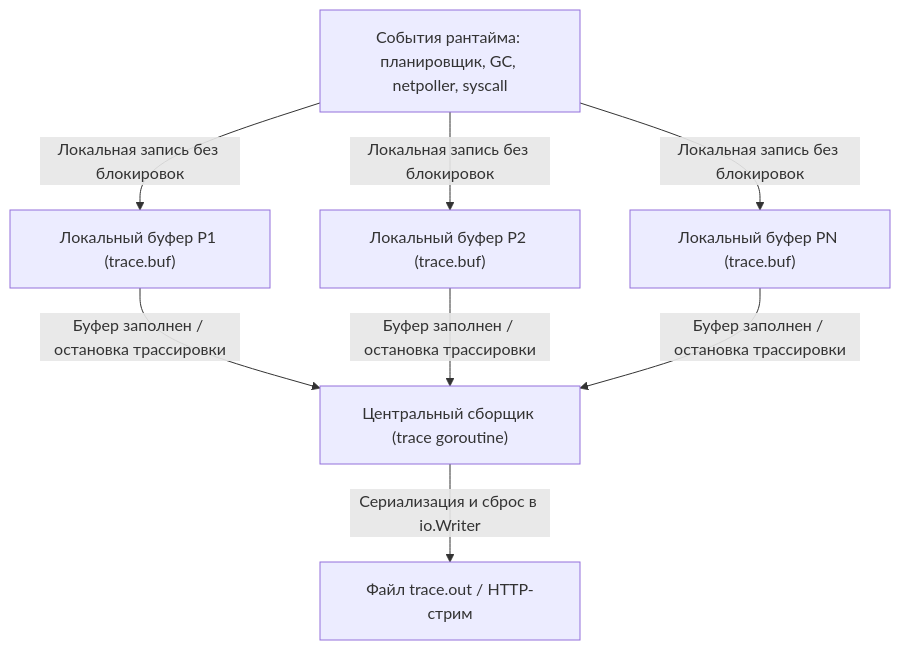
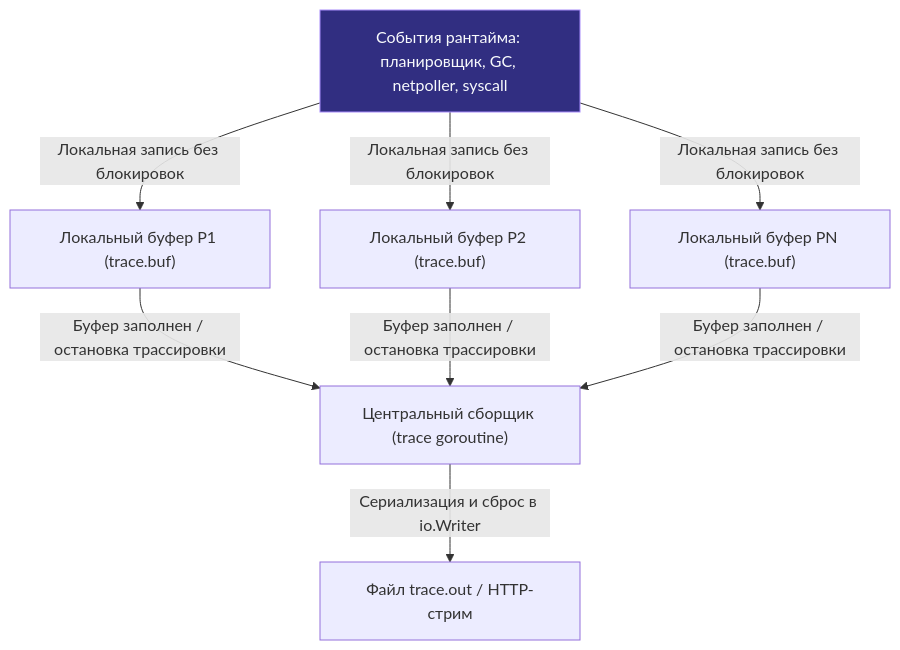
Before and after one commit to UnrealTemplier/go-textbook: the first of 2 diagrams in sources/16. Профилирование, отладка и производительность/08. Runtime и инструменты/3. execution tracer.md, drawn with Mermaid. The commit also changed other lines of this file and 1666 other files, not shown here.

First line of the commit message:
feat(mermaid): add semantic color classDef to 1369 colorless flowchart/graph diagrams

````diff
--- a/sources/16. Профилирование, отладка и производительность/08. Runtime и инструменты/3. execution tracer.md
+++ b/sources/16. Профилирование, отладка и производительность/08. Runtime и инструменты/3. execution tracer.md
@@ -23,12 +23,22 @@
 ```mermaid
 flowchart TD
-    RT["События рантайма: планировщик, GC, netpoller, syscall"] -->|"Локальная запись без блокировок"| P1Buf["Локальный буфер P1 (trace.buf)"]
+    classDef process  fill:#1e293b,stroke:#38bdf8,stroke-width:1px,color:#f8fafc
+    classDef success  fill:#064e3b,stroke:#34d399,stroke-width:1px,color:#f8fafc
+    classDef error    fill:#7f1d1d,stroke:#f87171,stroke-width:1px,color:#f8fafc
+    classDef warning  fill:#78350f,stroke:#fbbf24,stroke-width:1px,color:#f8fafc
+    classDef entry    fill:#1e3a5f,stroke:#38bdf8,stroke-width:2px,color:#f8fafc
+    classDef aux      fill:#334155,stroke:#64748b,stroke-width:1px,color:#f8fafc
+    classDef system   fill:#312e81,stroke:#a78bfa,stroke-width:1px,color:#f8fafc
+    classDef data     fill:#132d29,stroke:#2dd4bf,stroke-width:1px,color:#f8fafc
+    classDef network  fill:#881337,stroke:#fb7185,stroke-width:1px,color:#f8fafc
+    classDef accent   fill:#1e1b4b,stroke:#818cf8,stroke-width:1px,color:#f8fafc
+    RT["События рантайма: планировщик, GC, netpoller, syscall"]:::system -->|"Локальная запись без блокировок"| P1Buf["Локальный буфер P1 (trace.buf)"]
     RT -->|"Локальная запись без блокировок"| P2Buf["Локальный буфер P2 (trace.buf)"]
     RT -->|"Локальная запись без блокировок"| PNBuf["Локальный буфер PN (trace.buf)"]
     
     P1Buf -->|"Буфер заполнен / остановка трассировки"| Central["Центральный сборщик (trace goroutine)"]
     P2Buf -->|"Буфер заполнен / остановка трассировки"| Central
     PNBuf -->|"Буфер заполнен / остановка трассировки"| Central
     
     Central -->|"Сериализация и сброс в io.Writer"| File["Файл trace.out / HTTP-стрим"]
 ```
````
